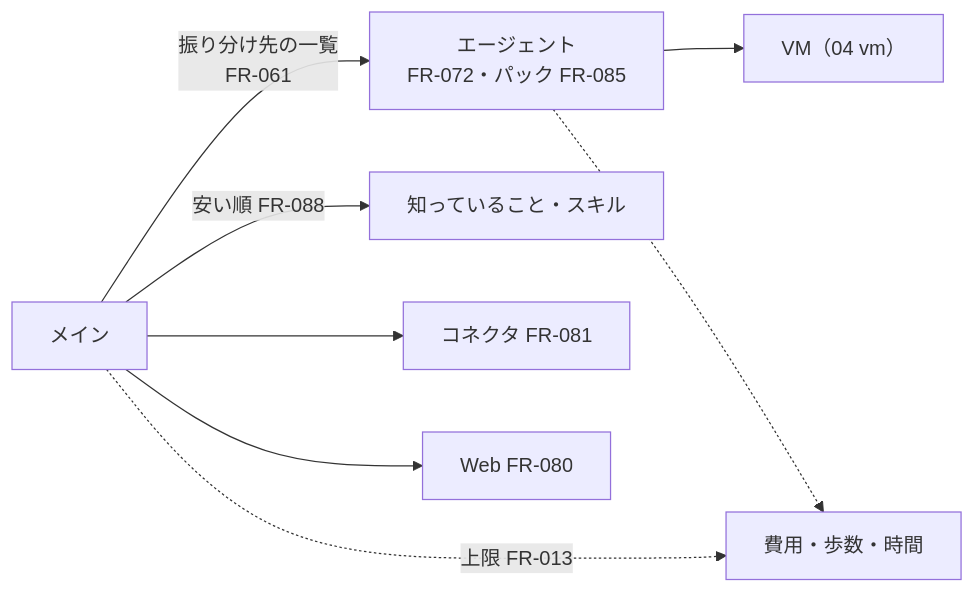
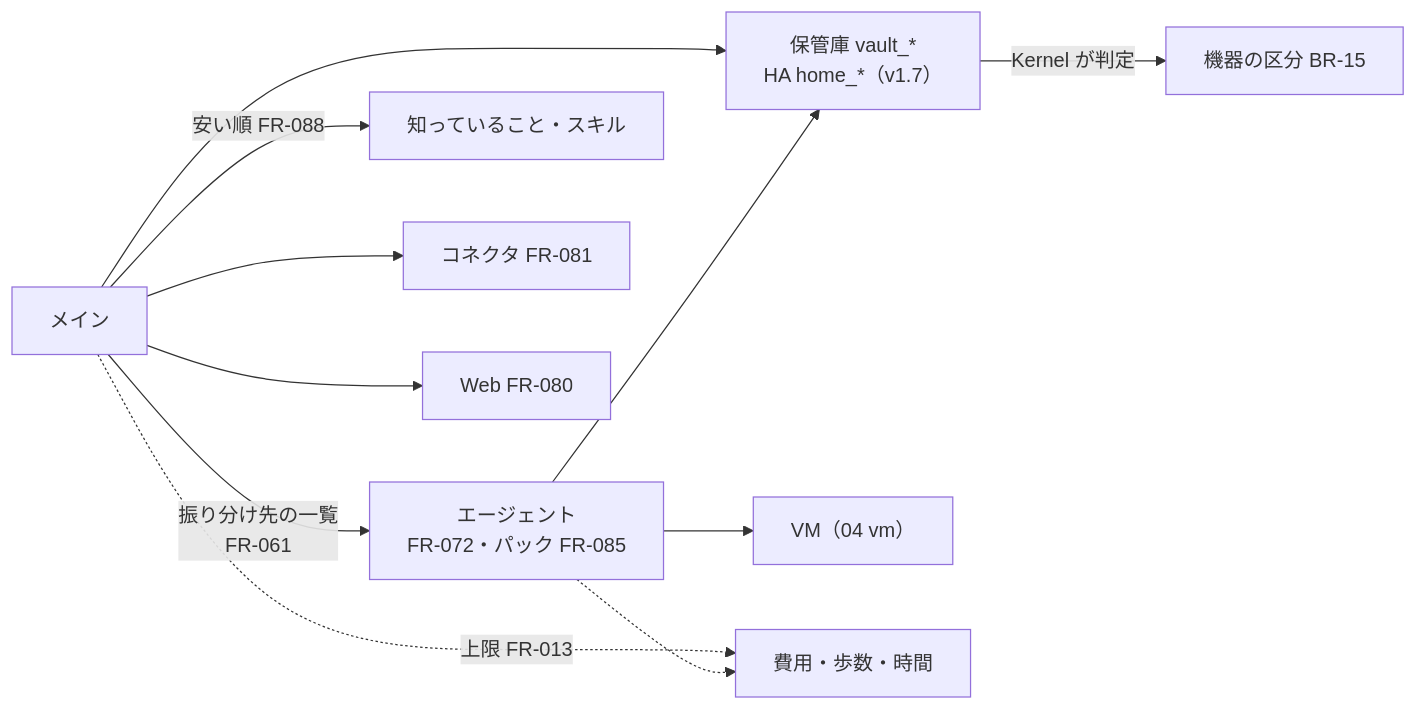
Before and after one commit to itiwoja/agent-team: the diagram in docs/design/04_functional_spec/tools.md, drawn with Mermaid. The commit also changed other lines of this file and 39 other files, not shown here.

````diff
--- a/docs/design/04_functional_spec/tools.md
+++ b/docs/design/04_functional_spec/tools.md
@@ -10,10 +10,13 @@
 ```mermaid
 flowchart LR
  M["メイン"] -->|"振り分け先の一覧<br/>FR-061"| L["エージェント<br/>FR-072・パック FR-085"]
  M -->|"安い順 FR-088"| T1["知っていること・スキル"]
  M --> T2["コネクタ FR-081"]
  M --> T3["Web FR-080"]
+ M --> T5["保管庫 vault_*<br/>HA home_*（v1.7）"]
+ T5 -->|"Kernel が判定"| K["機器の区分 BR-15"]
  L --> T4["VM（04 vm）"]
+ L --> T5
  M -.->|"上限 FR-013"| B["費用・歩数・時間"]
  L -.-> B
 ```
````
